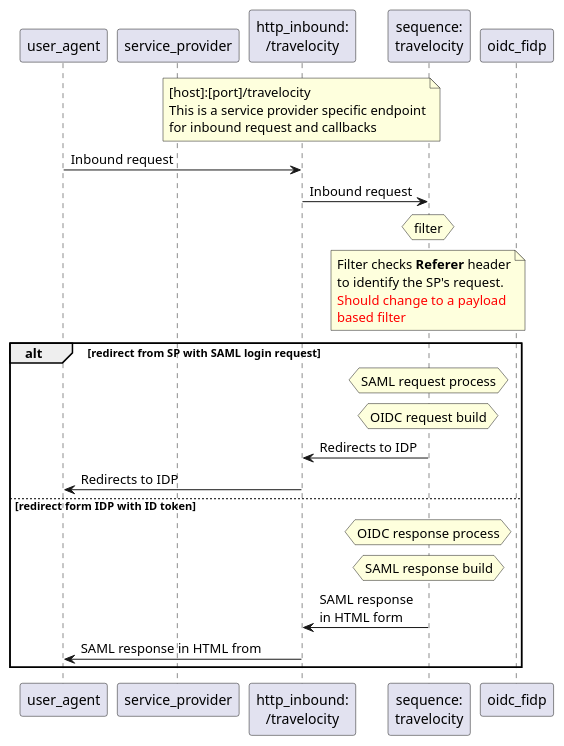
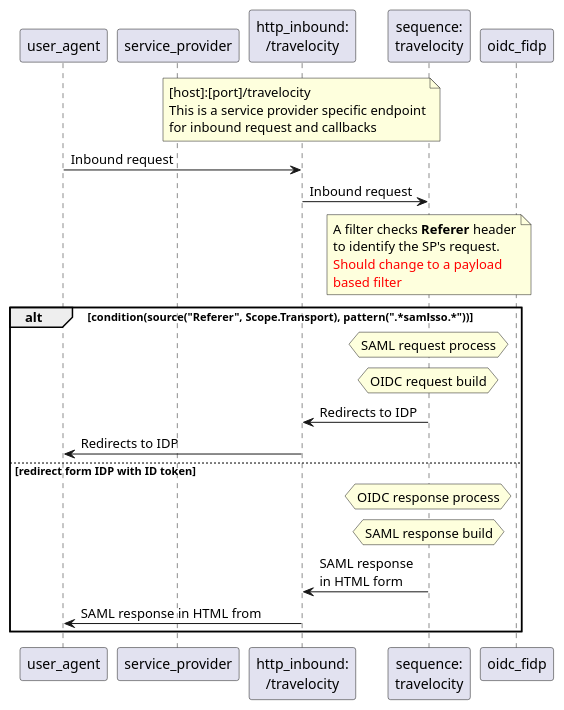
The diagram in src/main/resources/Design-2.puml (wso2-attic/identity-mediation-language), drawn with PlantUML before and after one commit.

Commit message:
Minor modifications to Design-2.

```diff
--- a/src/main/resources/Design-2.puml
+++ b/src/main/resources/Design-2.puml
@@ -1,45 +1,43 @@
 @startuml
 
 participant user_agent
 participant service_provider
 participant "http_inbound:\n/travelocity" as http_inbound_travelocity
 participant "sequence:\ntravelocity" as sequence_1
 participant oidc_fidp
 
 note over http_inbound_travelocity
 [host]:[port]/travelocity
 This is a service provider specific endpoint
 for inbound request and callbacks
 end note
 
 user_agent -> http_inbound_travelocity : Inbound request
 http_inbound_travelocity -> sequence_1 : Inbound request
 
-hnote over sequence_1 : filter
-
 note over sequence_1
-Filter checks <b>Referer</b> header
+A filter checks <b>Referer</b> header
 to identify the SP's request.
 <font color=red>Should change to a payload
 <font color=red>based filter
 end note
 
-alt redirect from SP with SAML login request
+alt condition(source("Referer", Scope.Transport), pattern(".*samlsso.*"))
 
 hnote over sequence_1 : SAML request process
 hnote over sequence_1 : OIDC request build
 
 sequence_1 -> http_inbound_travelocity : Redirects to IDP
 http_inbound_travelocity -> user_agent : Redirects to IDP
 
 else redirect form IDP with ID token
 
 hnote over sequence_1 : OIDC response process
 hnote over sequence_1 : SAML response build
 
 sequence_1 -> http_inbound_travelocity : SAML response\nin HTML form
 http_inbound_travelocity -> user_agent : SAML response in HTML from
 
 end
 
 @enduml
```
